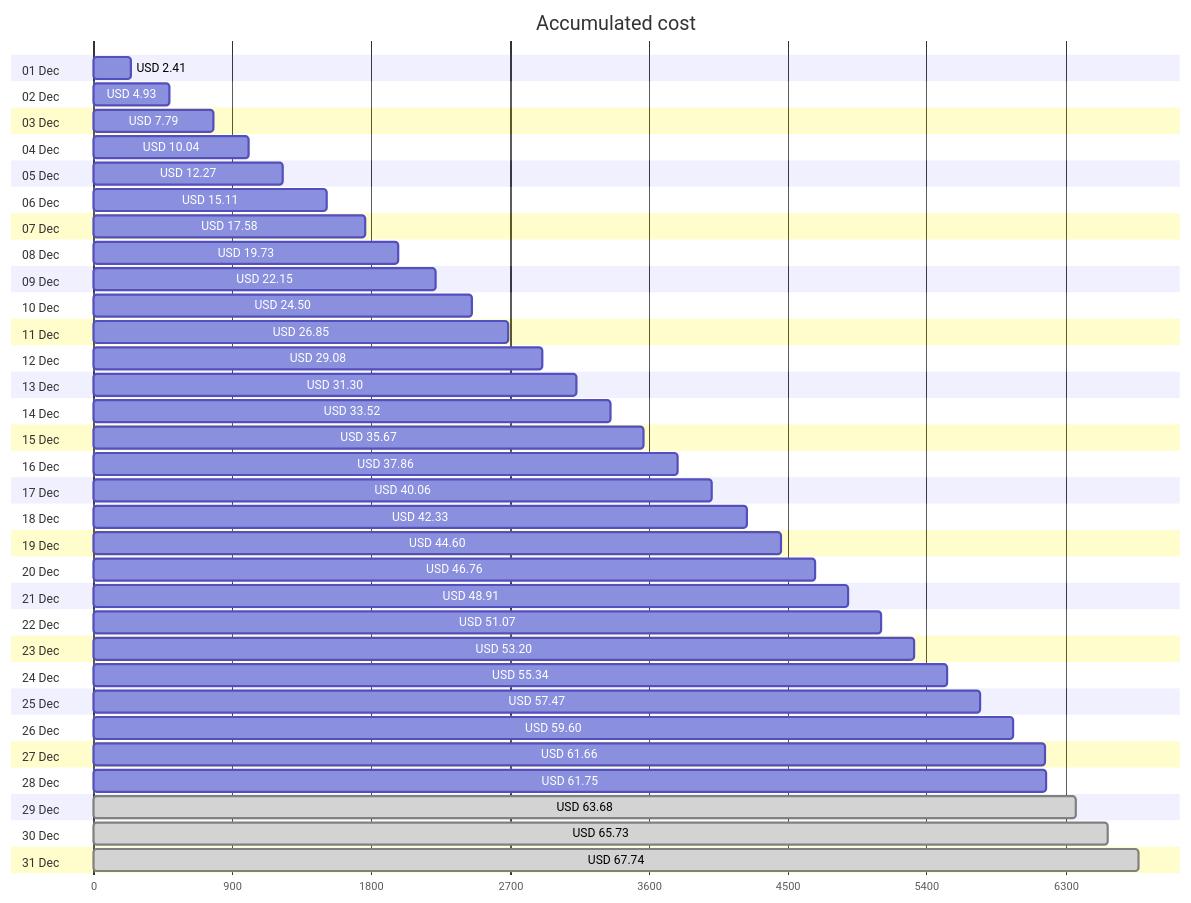
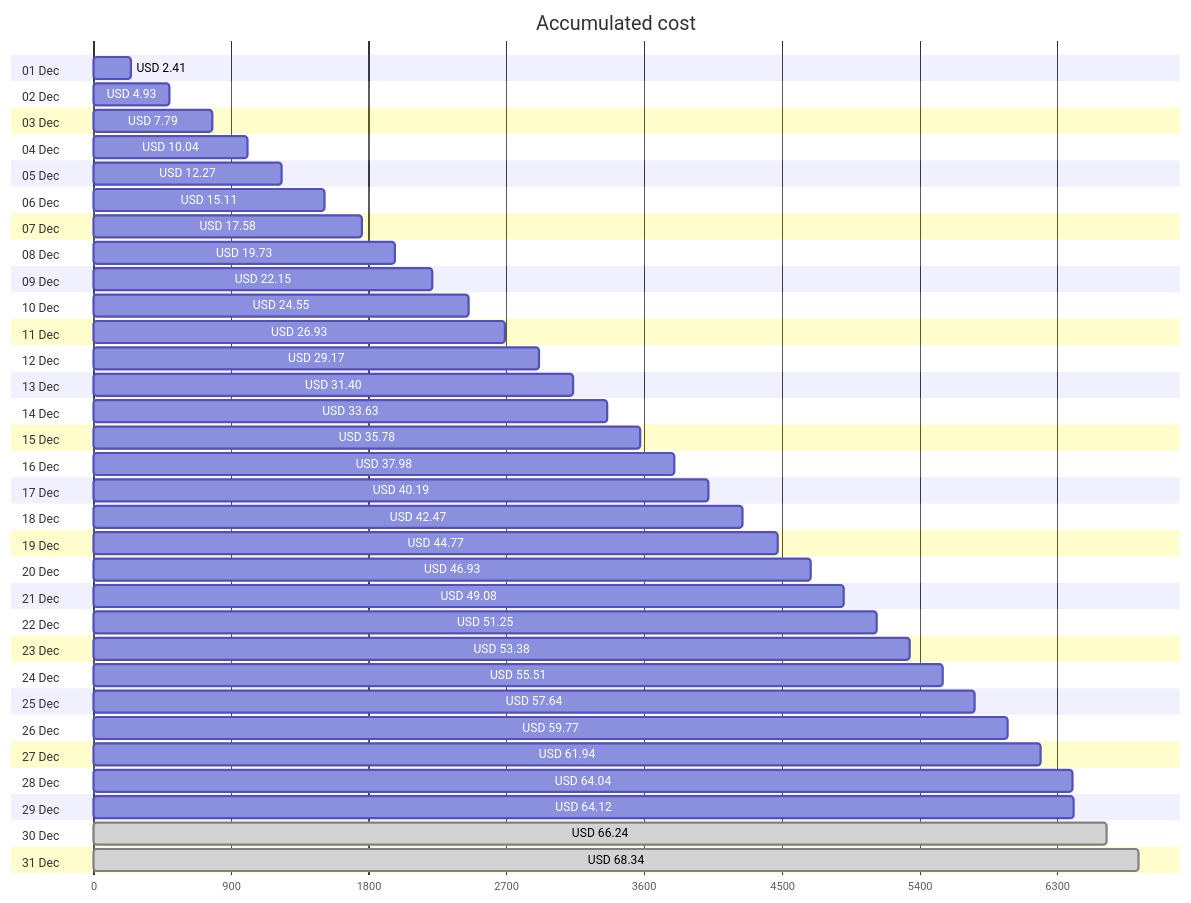
Before and after one commit to jpfulton/azure-personal-reports: the first of 4 diagrams in cost-reports/accumulated-cost.md, drawn with Mermaid. The commit also changed other lines of this file and 4 other files, not shown here.

````diff
--- a/cost-reports/accumulated-cost.md
+++ b/cost-reports/accumulated-cost.md
@@ -20,68 +20,68 @@
 ```mermaid
 gantt
    title Accumulated cost
    dateFormat  X
    axisFormat %s
    section 01 Dec
    USD 2.41 :0, 241
    section 02 Dec
    USD 4.93 :0, 493
    section 03 Dec
    USD 7.79 :0, 779
    section 04 Dec
    USD 10.04 :0, 1004
    section 05 Dec
    USD 12.27 :0, 1227
    section 06 Dec
    USD 15.11 :0, 1511
    section 07 Dec
    USD 17.58 :0, 1758
    section 08 Dec
    USD 19.73 :0, 1973
    section 09 Dec
    USD 22.15 :0, 2215
    section 10 Dec
-   USD 24.50 :0, 2450
+   USD 24.55 :0, 2455
    section 11 Dec
-   USD 26.85 :0, 2685
+   USD 26.93 :0, 2693
    section 12 Dec
-   USD 29.08 :0, 2908
+   USD 29.17 :0, 2917
    section 13 Dec
-   USD 31.30 :0, 3130
+   USD 31.40 :0, 3140
    section 14 Dec
-   USD 33.52 :0, 3352
+   USD 33.63 :0, 3363
    section 15 Dec
-   USD 35.67 :0, 3567
+   USD 35.78 :0, 3578
    section 16 Dec
-   USD 37.86 :0, 3786
+   USD 37.98 :0, 3798
    section 17 Dec
-   USD 40.06 :0, 4006
+   USD 40.19 :0, 4019
    section 18 Dec
-   USD 42.33 :0, 4233
+   USD 42.47 :0, 4247
    section 19 Dec
-   USD 44.60 :0, 4460
+   USD 44.77 :0, 4477
    section 20 Dec
-   USD 46.76 :0, 4676
+   USD 46.93 :0, 4693
    section 21 Dec
-   USD 48.91 :0, 4891
+   USD 49.08 :0, 4908
    section 22 Dec
-   USD 51.07 :0, 5107
+   USD 51.25 :0, 5125
    section 23 Dec
-   USD 53.20 :0, 5320
+   USD 53.38 :0, 5338
    section 24 Dec
-   USD 55.34 :0, 5534
+   USD 55.51 :0, 5551
    section 25 Dec
-   USD 57.47 :0, 5747
+   USD 57.64 :0, 5764
    section 26 Dec
-   USD 59.60 :0, 5960
+   USD 59.77 :0, 5977
    section 27 Dec
-   USD 61.66 :0, 6166
+   USD 61.94 :0, 6194
    section 28 Dec
-   USD 61.75 :0, 6175
+   USD 64.04 :0, 6404
    section 29 Dec
-   USD 63.68 : done, 0, 6368
+   USD 64.12 :0, 6412
    section 30 Dec
-   USD 65.73 : done, 0, 6573
+   USD 66.24 : done, 0, 6624
    section 31 Dec
-   USD 67.74 : done, 0, 6774
+   USD 68.34 : done, 0, 6834
 ```
````
